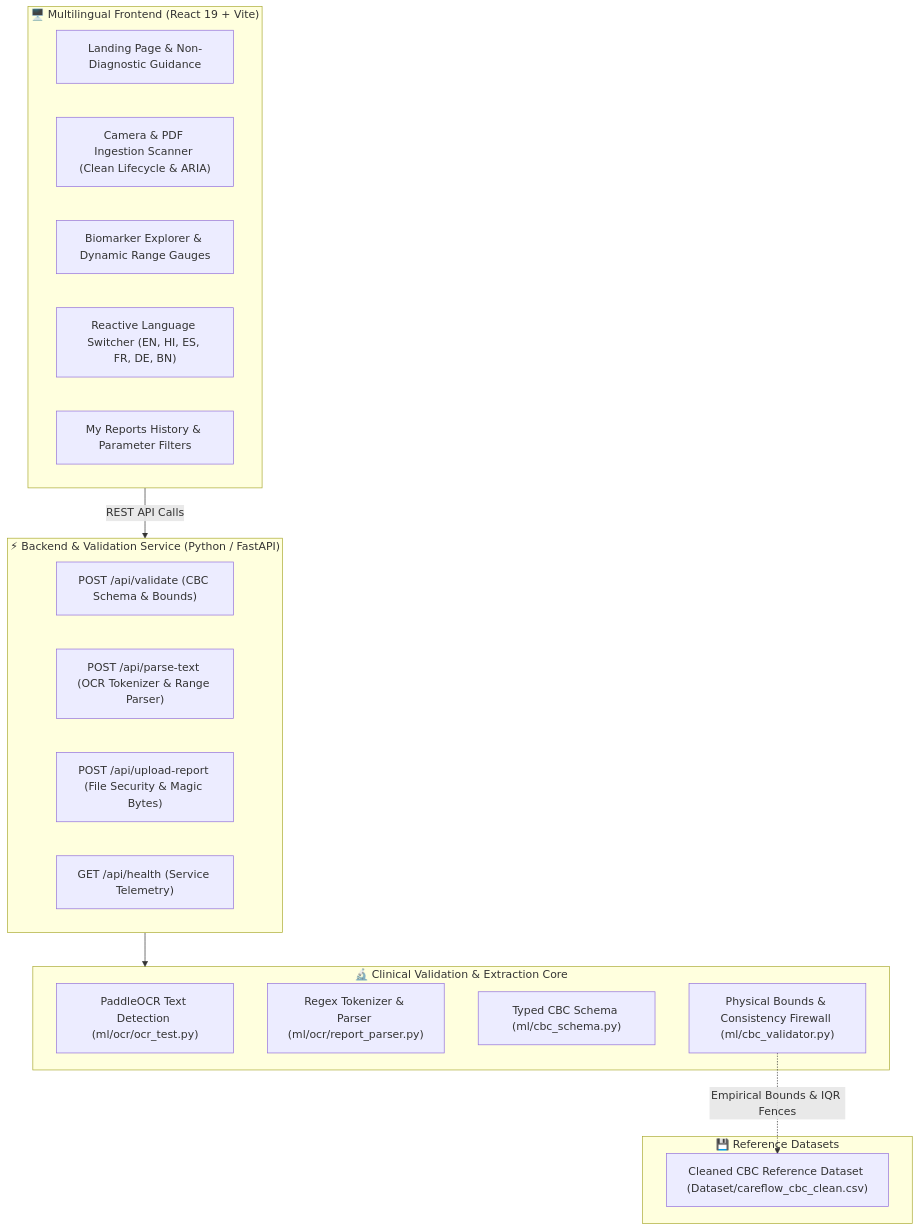
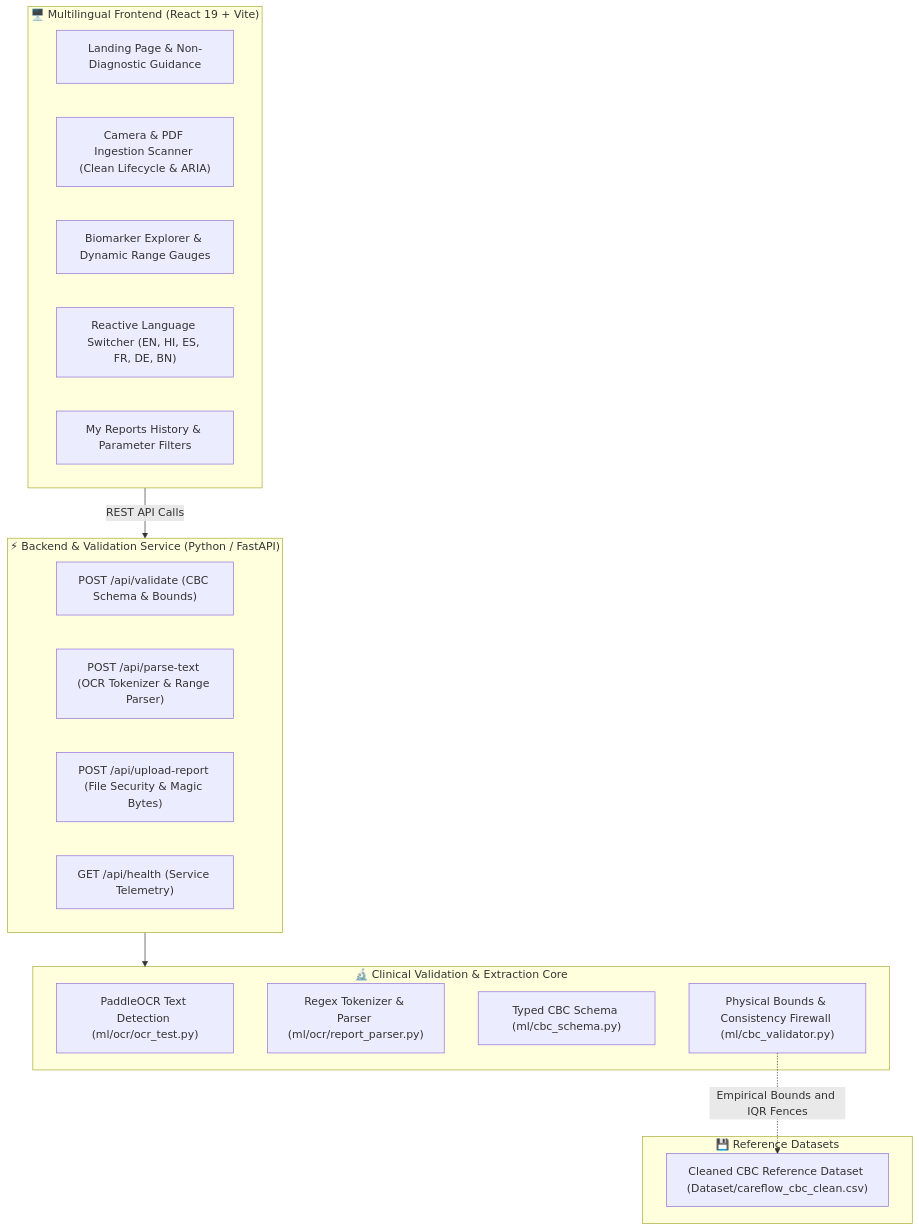
The second of 2 diagrams in README.md (Knight6azer/CareflowAI), drawn with Mermaid before and after one commit. The commit also changed other lines of this file, not shown here.

Commit message:
fix(docs): resolve GitHub Mermaid diagram syntax error in architecture flowchart

````diff
--- a/README.md
+++ b/README.md
@@ -54,32 +54,32 @@
 ```mermaid
 graph TB
     subgraph Client["🖥️ Multilingual Frontend (React 19 + Vite)"]
         UI1["Landing Page & Non-Diagnostic Guidance"]
         UI2["Camera & PDF Ingestion Scanner (Clean Lifecycle & ARIA)"]
         UI3["Biomarker Explorer & Dynamic Range Gauges"]
         UI4["Reactive Language Switcher (EN, HI, ES, FR, DE, BN)"]
         UI5["My Reports History & Parameter Filters"]
     end
 
     subgraph Service["⚡ Backend & Validation Service (Python / FastAPI)"]
         API1["POST /api/validate (CBC Schema & Bounds)"]
         API2["POST /api/parse-text (OCR Tokenizer & Range Parser)"]
         API3["POST /api/upload-report (File Security & Magic Bytes)"]
         API4["GET /api/health (Service Telemetry)"]
     end
 
     subgraph CoreML["🔬 Clinical Validation & Extraction Core"]
         OCR["PaddleOCR Text Detection (ml/ocr/ocr_test.py)"]
         PARSER["Regex Tokenizer & Parser (ml/ocr/report_parser.py)"]
         SCHEMA["Typed CBC Schema (ml/cbc_schema.py)"]
         VALIDATOR["Physical Bounds & Consistency Firewall (ml/cbc_validator.py)"]
     end
 
     subgraph Data["💾 Reference Datasets"]
         DATASET["Cleaned CBC Reference Dataset (Dataset/careflow_cbc_clean.csv)"]
     end
 
     Client -->|REST API Calls| Service
     Service --> CoreML
-    VALIDATOR -.->|Empirical Bounds & IQR Fences| DATASET
+    VALIDATOR -.->|Empirical Bounds and IQR Fences| DATASET
 ```
````
